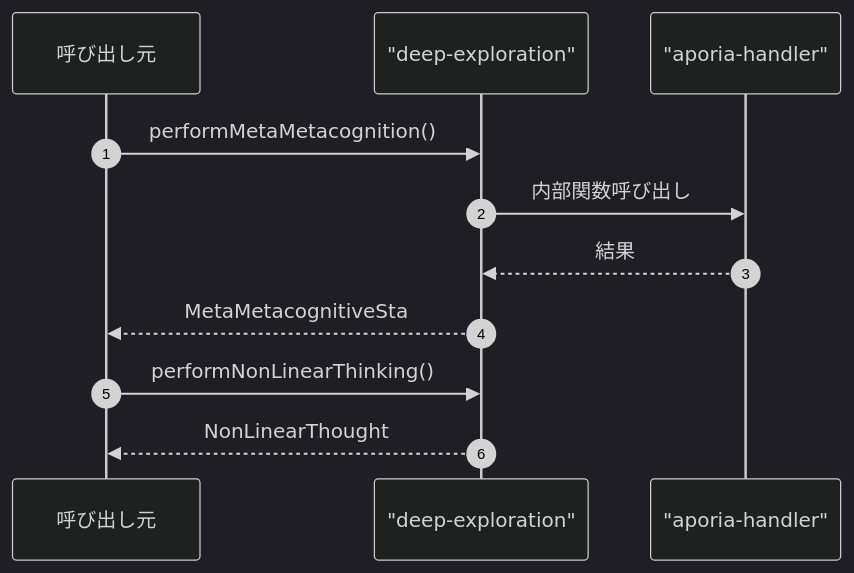
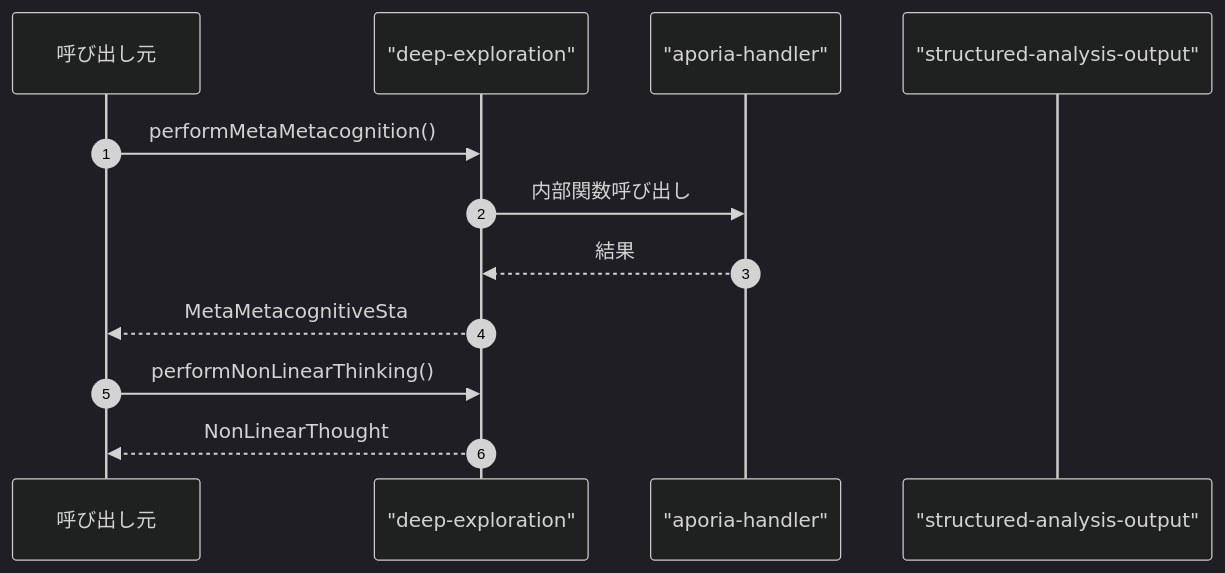
The fourth of 4 diagrams in ABDD/.pi/lib/deep-exploration.md (Mekann2904/mekann), drawn with Mermaid (dark theme) before and after one commit. The commit also changed other lines of this file and 257 other files, not shown here.

````diff
--- a/ABDD/.pi/lib/deep-exploration.md
+++ b/ABDD/.pi/lib/deep-exploration.md
@@ -227,15 +229,16 @@
 ```mermaid
 sequenceDiagram
   autonumber
   participant Caller as 呼び出し元
   participant deep_exploration as "deep-exploration"
   participant aporia_handler as "aporia-handler"
+  participant structured_analysis_output as "structured-analysis-output"
 
   Caller->>deep_exploration: performMetaMetacognition()
   deep_exploration->>aporia_handler: 内部関数呼び出し
   aporia_handler-->>deep_exploration: 結果
   deep_exploration-->>Caller: MetaMetacognitiveSta
 
   Caller->>deep_exploration: performNonLinearThinking()
   deep_exploration-->>Caller: NonLinearThought
 ```
````
